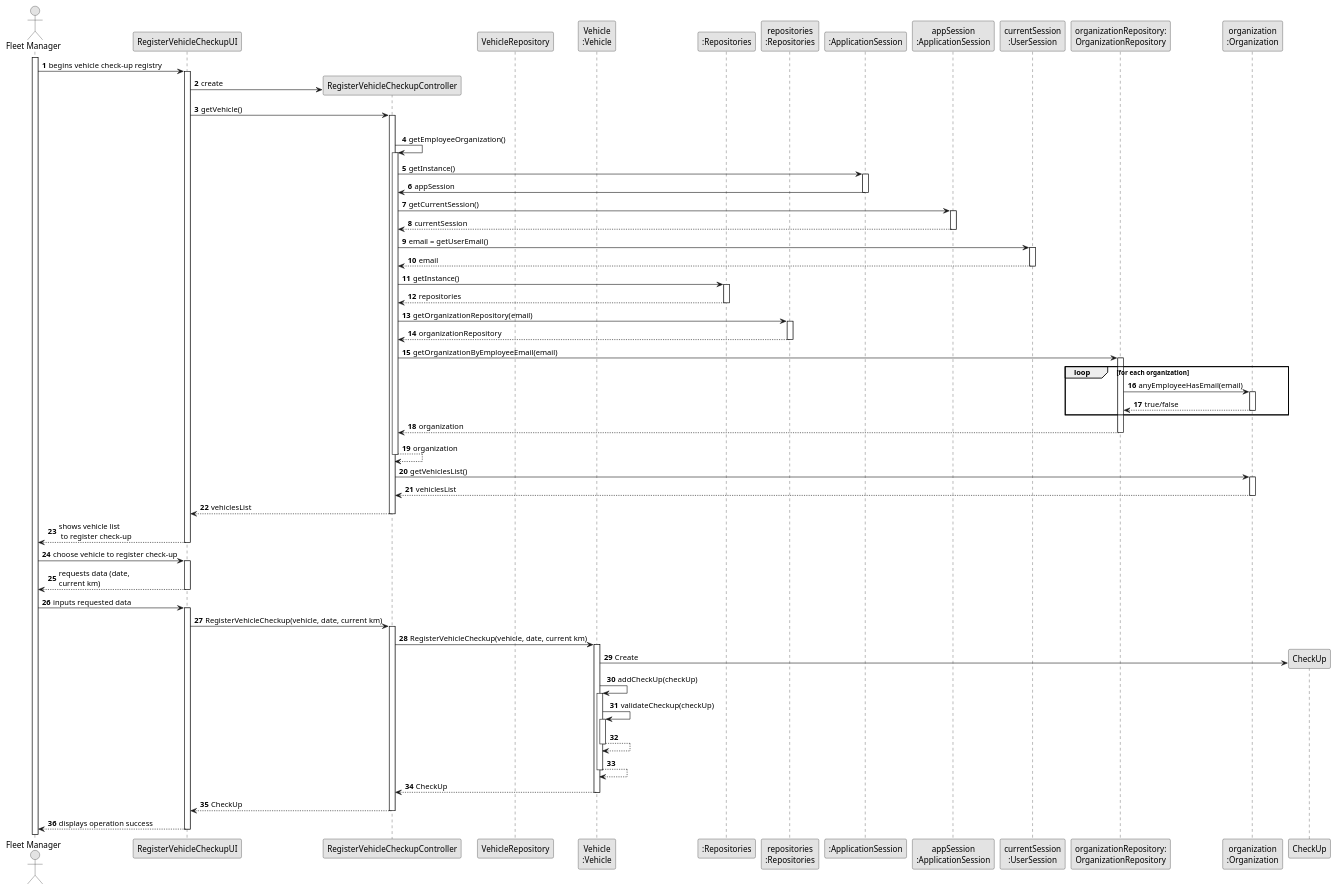
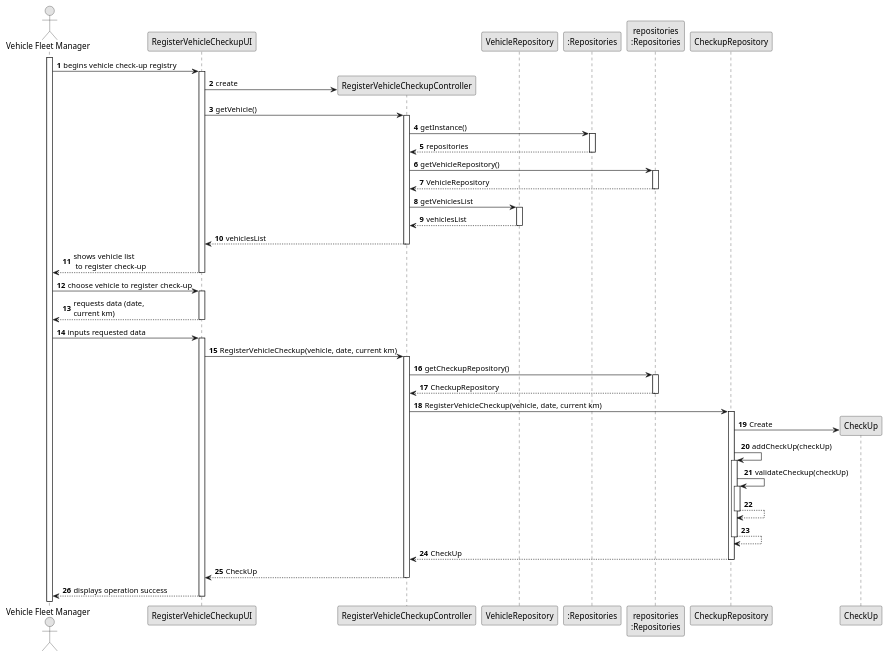
The diagram in docs/sprintB/us007/03.design/puml/us007-sequence-diagram-full.puml (Departamento-de-Engenharia-Informatica/lei-24-s2-1dkl-g134), drawn with PlantUML before and after one commit. The commit also changed 3 other files, not shown here.

```diff
--- a/docs/sprintB/us007/03.design/puml/us007-sequence-diagram-full.puml
+++ b/docs/sprintB/us007/03.design/puml/us007-sequence-diagram-full.puml
@@ -1,140 +1,108 @@
 @startuml
 skinparam monochrome true
 skinparam packageStyle rectangle
 skinparam shadowing false
 
 autonumber
 
 'hide footbox
-actor "Fleet Manager" as FM
+actor "Vehicle Fleet Manager" as FM
 participant "RegisterVehicleCheckupUI" as UI
 participant "RegisterVehicleCheckupController" as CTRL
 participant "VehicleRepository" as VR
-participant "Vehicle\n:Vehicle" as V
 participant ":Repositories" as RepositorySingleton
 participant "repositories\n:Repositories" as PLAT
-participant ":ApplicationSession" as _APP
-participant "appSession\n:ApplicationSession" as APP
-participant "currentSession\n:UserSession" as SESSAO
-participant "organizationRepository:\nOrganizationRepository" as OrganizationRepository
-participant "organization\n:Organization" as ORG
+participant "CheckupRepository" as CUR
 
 
 activate FM
 
         FM -> UI : begins vehicle check-up registry
 
         activate UI
 
 '            UI --> ADM : requests data (reference, description,  informal \n description, technical description, duration, cost)
             'create CTRL
 
             UI -> CTRL** : create
 
             UI -> CTRL : getVehicle()
             activate CTRL
 
-                |||
-                CTRL -> CTRL : getEmployeeOrganization()
-                activate CTRL
-
-                    CTRL -> _APP: getInstance()
-                    activate _APP
-                        _APP -> CTRL: appSession
-                    deactivate _APP
 
 
-                    CTRL -> APP: getCurrentSession()
-                    activate APP
+                CTRL -> RepositorySingleton: getInstance()
+                activate RepositorySingleton
 
-                        APP --> CTRL: currentSession
-                    deactivate APP
+                RepositorySingleton --> CTRL: repositories
+                deactivate RepositorySingleton
 
-                    CTRL -> SESSAO: email = getUserEmail()
-                    activate SESSAO
+                CTRL -> PLAT: getVehicleRepository()
+                activate PLAT
 
-                        SESSAO --> CTRL: email
-                    deactivate SESSAO
+                PLAT --> CTRL: VehicleRepository
+                deactivate PLAT
 
-                    CTRL -> RepositorySingleton: getInstance()
-                    activate RepositorySingleton
+                CTRL->VR: getVehiclesList
+                activate VR
 
-                    RepositorySingleton --> CTRL: repositories
-                    deactivate RepositorySingleton
+                VR-->CTRL: vehiclesList
+                deactivate VR
 
-                    CTRL -> PLAT: getOrganizationRepository(email)
-                    activate PLAT
-
-                        PLAT --> CTRL: organizationRepository
-                    deactivate PLAT
-
-
-                    CTRL -> OrganizationRepository: getOrganizationByEmployeeEmail(email)
-                    activate OrganizationRepository
-
-                        loop for each organization
-
-                            OrganizationRepository -> ORG : anyEmployeeHasEmail(email)
-                            activate ORG
-
-                                 ORG --> OrganizationRepository : true/false
-                            deactivate ORG
-                        end
-                        OrganizationRepository --> CTRL : organization
-                    deactivate OrganizationRepository
-
-                    CTRL --> CTRL : organization
-                deactivate CTRL
-
-                CTRL -> ORG: getVehiclesList()
-                activate ORG
-
-                ORG --> CTRL: vehiclesList
-                deactivate ORG
 
                 CTRL --> UI : vehiclesList
             deactivate CTRL
 
             UI --> FM : shows vehicle list\n to register check-up
         deactivate UI
 
         FM -> UI : choose vehicle to register check-up
                  activate UI
 
         UI -->  FM : requests data (date,\ncurrent km)
                  deactivate UI
         FM -> UI : inputs requested data
                 activate UI
 
                  UI -> CTRL : RegisterVehicleCheckup(vehicle, date, current km)
                  activate CTRL
 
-   CTRL -> V : RegisterVehicleCheckup(vehicle, date, current km)
-                          activate V
-
-              V -> CheckUp** : Create
 
 
-              V ->V : addCheckUp(checkUp)
-              activate V
+                 CTRL -> PLAT: getCheckupRepository()
+                      activate PLAT
 
-              V->V : validateCheckup(checkUp)
-              activate V
+                 PLAT --> CTRL: CheckupRepository
+                     deactivate PLAT
 
-              V --> V
-              deactivate V
+   CTRL -> CUR : RegisterVehicleCheckup(vehicle, date, current km)
+                     activate CUR
 
-              V --> V
-              deactivate V
 
-              V--->CTRL : CheckUp
 
-                          deactivate V
+              CUR -> CheckUp** : Create
+
+
+              CUR ->CUR : addCheckUp(checkUp)
+              activate CUR
+
+              CUR->CUR : validateCheckup(checkUp)
+              activate CUR
+
+              CUR --> CUR
+              deactivate CUR
+
+              CUR --> CUR
+              deactivate CUR
+
+              CUR--->CTRL : CheckUp
+
+                          deactivate CUR
               CTRL ---> UI : CheckUp
                           deactivate CTRL
 
               UI ---> FM : displays operation success
                           deactivate UI
 
 
 @enduml
```
